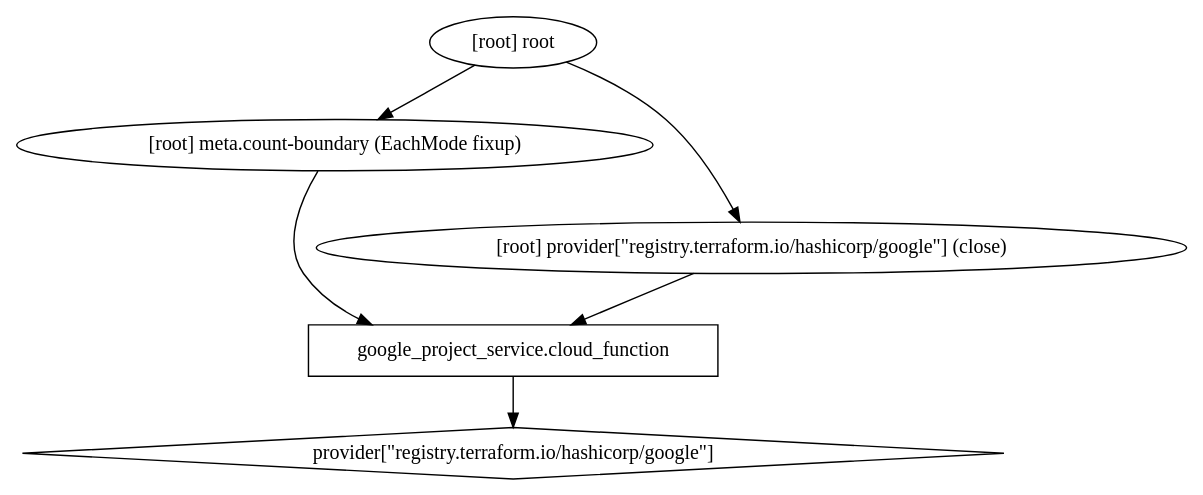
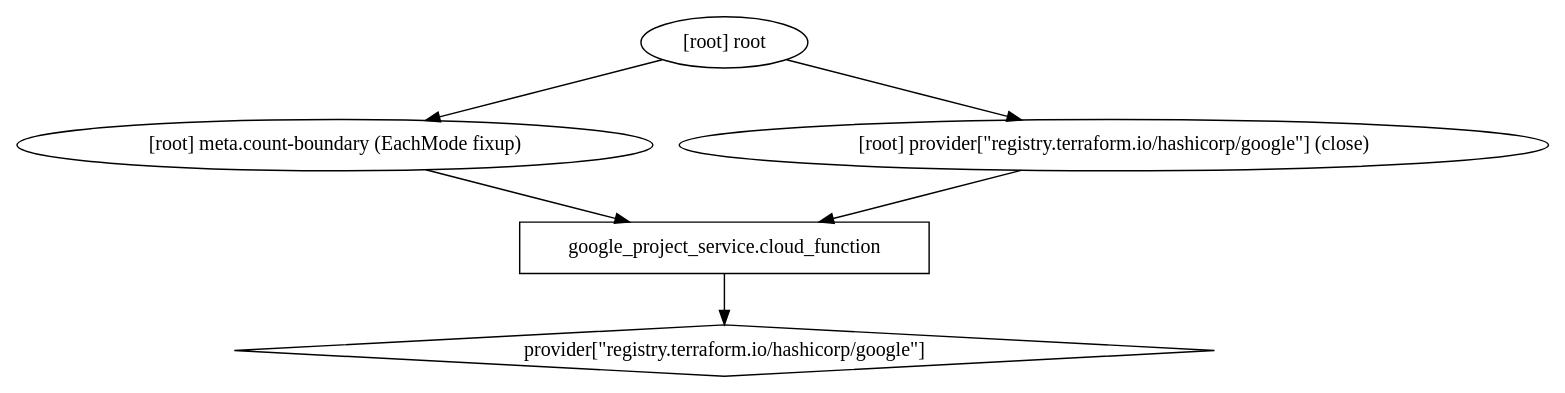
One commit to devsecfranklin/model-graph-neural-net changed the diagram in paper/code/graph.dot. Above: the diagram before and after it, drawn with Graphviz. The commit also changed other lines of this file and 5 other files, not shown here.

Commit message:
update graph

```diff
--- a/paper/code/graph.dot
+++ b/paper/code/graph.dot
@@ -1,36 +1,13 @@
 digraph {
-	graph [bb="0,0,819.75,324",
-		compound=true,
-		newrank=true
-	];
-	node [label="\N"];
-	subgraph root {
-		"[root] google_project_service.cloud_function (expand)"	[height=0.5,
-			label="google_project_service.cloud_function",
-			pos="347.93,90",
-			shape=box,
-			width=3.9861];
-		"[root] provider[\"registry.terraform.io/hashicorp/google\"]"	[height=0.5,
-			label="provider[\"registry.terraform.io/hashicorp/google\"]",
-			pos="347.93,18",
-			shape=diamond,
-			width=9.549];
-		"[root] google_project_service.cloud_function (expand)" -> "[root] provider[\"registry.terraform.io/hashicorp/google\"]"	[minlen=1,
-			pos="e,347.93,36.104 347.93,71.697 347.93,63.983 347.93,54.712 347.93,46.112"];
-		"[root] meta.count-boundary (EachMode fixup)"	[height=0.5,
-			pos="222.93,234",
-			width=6.1925];
-		"[root] meta.count-boundary (EachMode fixup)" -> "[root] google_project_service.cloud_function (expand)"	[pos="e,248.93,108.05 211.05,215.75 199.5,196.62 185.74,165.62 200.93,144 210.71,130.08 224.51,119.8 239.79,112.21"];
-		"[root] provider[\"registry.terraform.io/hashicorp/google\"] (close)"	[height=0.5,
-			pos="514.93,162",
-			width=8.4673];
-		"[root] provider[\"registry.terraform.io/hashicorp/google\"] (close)" -> "[root] google_project_service.cloud_function (expand)"	[pos="e,388.56,108.03 474.5,144.05 451.49,134.41 422.48,122.25 398.03,112"];
-		"[root] root"	[height=0.5,
-			pos="347.93,306",
-			width=1.6249];
-		"[root] root" -> "[root] meta.count-boundary (EachMode fixup)"	[minlen=1,
-			pos="e,253.21,251.96 321.11,289.98 303.9,280.34 281.25,267.66 262.04,256.9"];
-		"[root] root" -> "[root] provider[\"registry.terraform.io/hashicorp/google\"] (close)"	[minlen=2,
-			pos="e,506.89,180.01 385.18,292.12 407.16,283.24 434.57,269.81 454.93,252 475.18,234.29 491.67,208.24 502.2,188.9"];
+	compound = "true"
+	newrank = "true"
+	subgraph "root" {
+		"[root] google_project_service.cloud_function (expand)" [label = "google_project_service.cloud_function", shape = "box"]
+		"[root] provider[\"registry.terraform.io/hashicorp/google\"]" [label = "provider[\"registry.terraform.io/hashicorp/google\"]", shape = "diamond"]
+		"[root] google_project_service.cloud_function (expand)" -> "[root] provider[\"registry.terraform.io/hashicorp/google\"]"
+		"[root] meta.count-boundary (EachMode fixup)" -> "[root] google_project_service.cloud_function (expand)"
+		"[root] provider[\"registry.terraform.io/hashicorp/google\"] (close)" -> "[root] google_project_service.cloud_function (expand)"
+		"[root] root" -> "[root] meta.count-boundary (EachMode fixup)"
+		"[root] root" -> "[root] provider[\"registry.terraform.io/hashicorp/google\"] (close)"
 	}
 }
```
